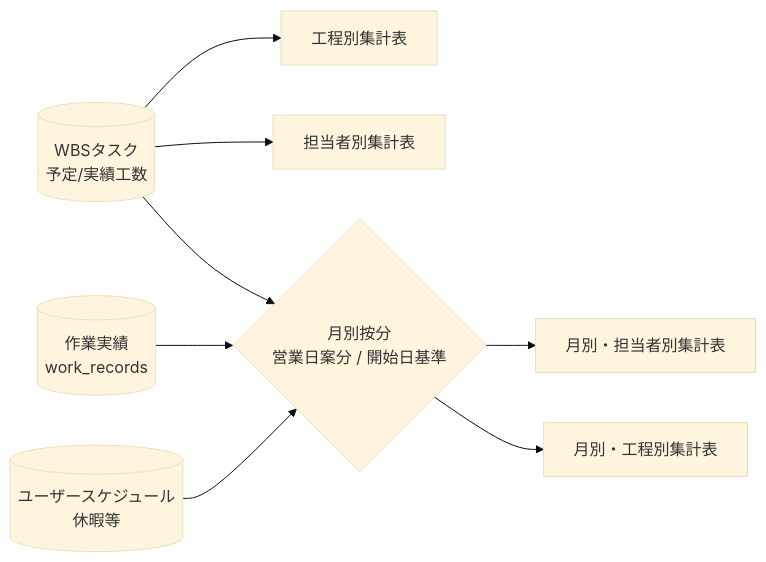
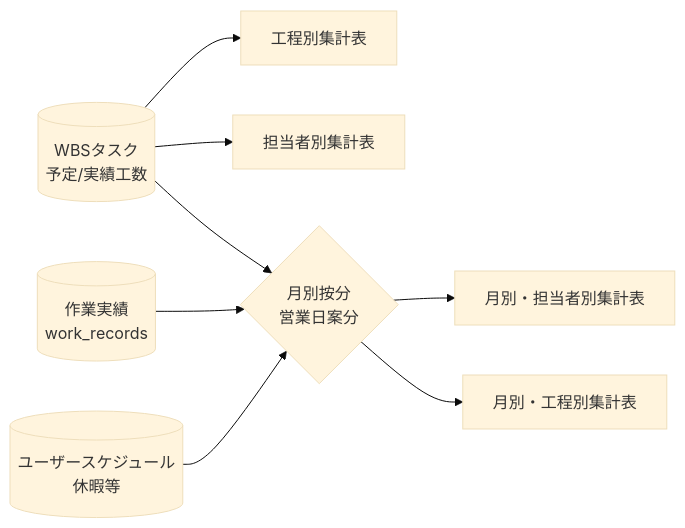
Before and after one commit to yasudaProduct/project-managed-app: the diagram in docs/help/project-detail.md, drawn with Mermaid (base theme). The commit also changed other lines of this file, not shown here.

````diff
--- a/docs/help/project-detail.md
+++ b/docs/help/project-detail.md
@@ -147,10 +139,10 @@
 ```mermaid
 flowchart LR
     Tasks[(WBSタスク<br/>予定/実績工数)] --> Phase[工程別集計表]
     Tasks --> Assignee[担当者別集計表]
-    Tasks --> MonthAlloc{月別按分<br/>営業日案分 / 開始日基準}
+    Tasks --> MonthAlloc{月別按分<br/>営業日案分}
     WR[(作業実績<br/>work_records)] --> MonthAlloc
     Schedule[(ユーザースケジュール<br/>休暇等)] --> MonthAlloc
     MonthAlloc --> MonthAssignee[月別・担当者別集計表]
     MonthAlloc --> MonthPhase[月別・工程別集計表]
 ```
````
